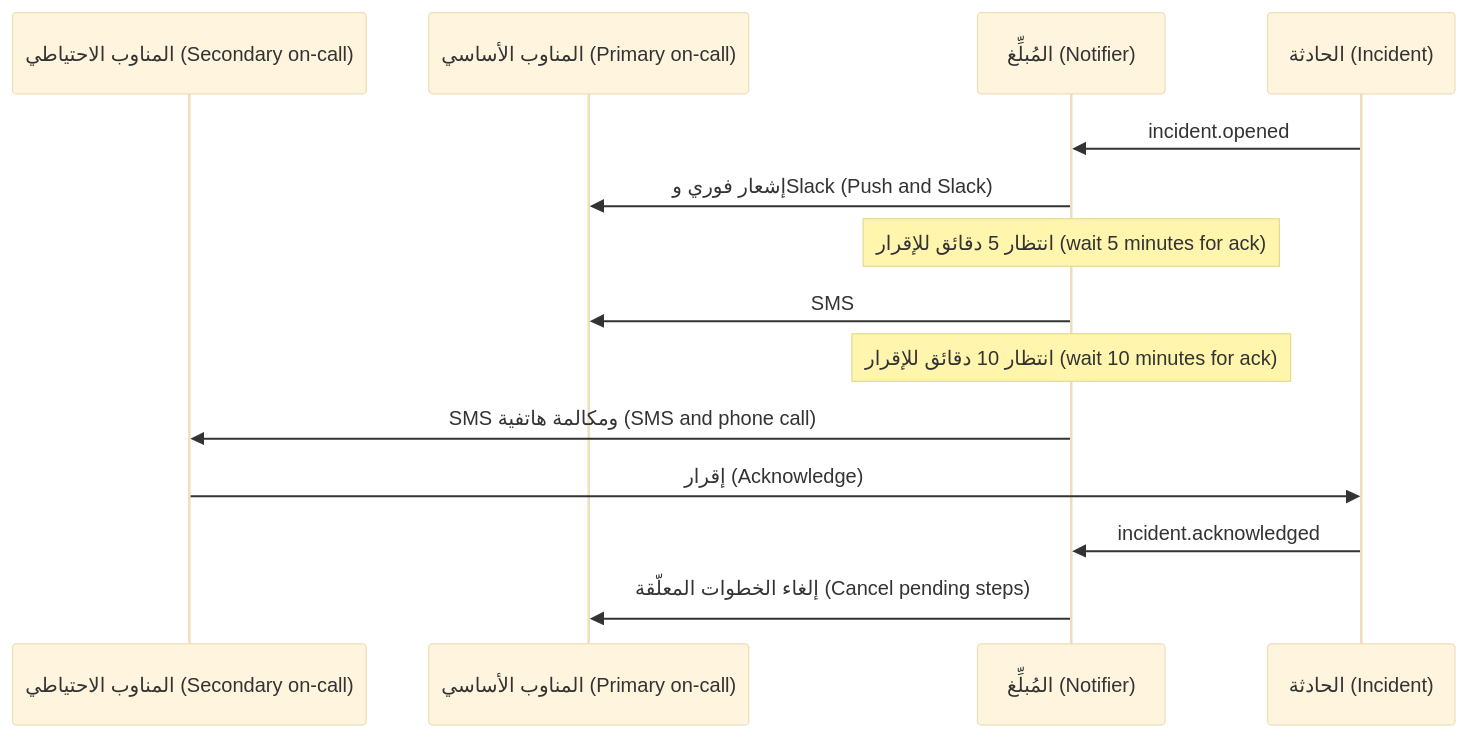
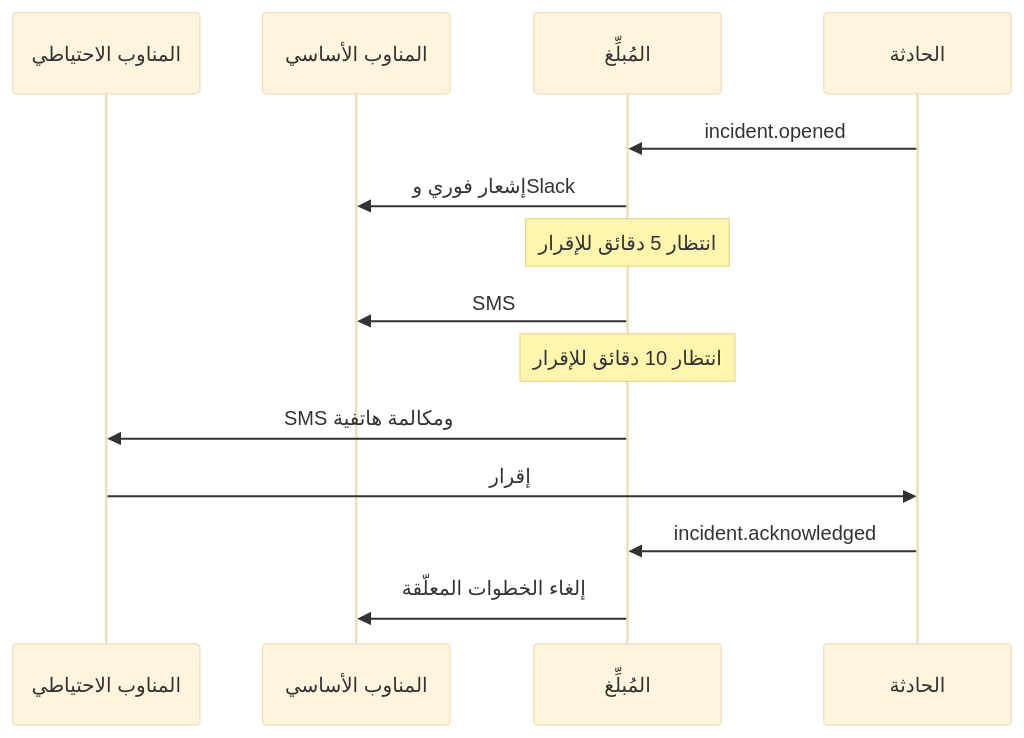
The fourth of 6 diagrams in saas/modules/04-communication.ar.md (Tamoura/system-design-for-vibe-coders), drawn with Mermaid (base theme) before and after one commit. The commit also changed other lines of this file and 551 other files, not shown here.

````diff
--- a/saas/modules/04-communication.ar.md
+++ b/saas/modules/04-communication.ar.md
@@ -416,16 +416,16 @@
 ```mermaid
 sequenceDiagram
-    participant B as المناوب الاحتياطي (Secondary on-call)
-    participant A as المناوب الأساسي (Primary on-call)
-    participant N as المُبلِّغ (Notifier)
-    participant I as الحادثة (Incident)
+    participant B as المناوب الاحتياطي
+    participant A as المناوب الأساسي
+    participant N as المُبلِّغ
+    participant I as الحادثة
     I->>N: incident.opened
-    N->>A: إشعار فوري وSlack (Push and Slack)
-    Note over N: انتظار 5 دقائق للإقرار (wait 5 minutes for ack)
+    N->>A: إشعار فوري وSlack
+    Note over N: انتظار 5 دقائق للإقرار
     N->>A: SMS
-    Note over N: انتظار 10 دقائق للإقرار (wait 10 minutes for ack)
-    N->>B: SMS ومكالمة هاتفية (SMS and phone call)
-    B->>I: إقرار (Acknowledge)
+    Note over N: انتظار 10 دقائق للإقرار
+    N->>B: SMS ومكالمة هاتفية
+    B->>I: إقرار
     I->>N: incident.acknowledged
-    N->>A: إلغاء الخطوات المعلّقة (Cancel pending steps)
+    N->>A: إلغاء الخطوات المعلّقة
 ```
````
